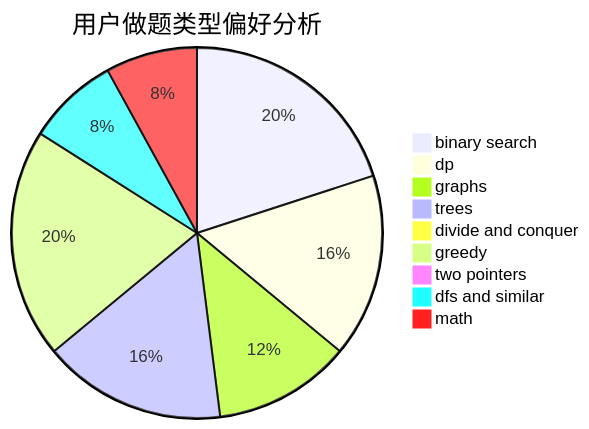
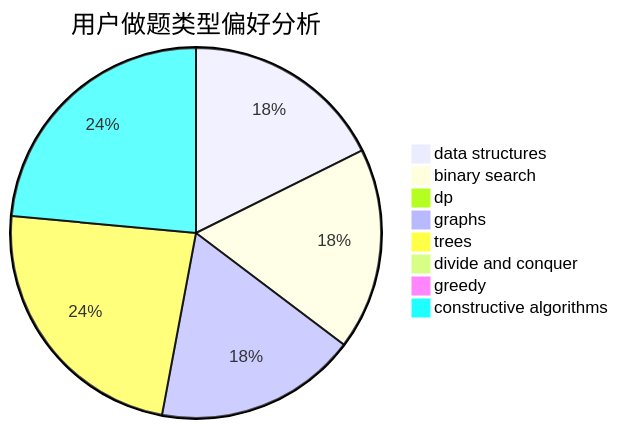
Before and after one commit to sherpahu/cfrs.github.io: the second of 3 diagrams in docs/user/u307.md, drawn with Mermaid. The commit also changed other lines of this file and 2775 other files, not shown here.

````diff
--- a/docs/user/u307.md
+++ b/docs/user/u307.md
@@ -23,12 +23,11 @@
 ```mermaid
 pie title 用户做题类型偏好分析
-    "binary search" :  5
-    "dp" :  4
+    "data structures" :  3
+    "binary search" :  3
+    "dp" :  0
     "graphs" :  3
     "trees" :  4
     "divide and conquer" :  0
-    "greedy" :  5
-    "two pointers" :  0
-    "dfs and similar" :  2
-    "math" :  2
+    "greedy" :  0
+    "constructive algorithms" :  4
 ```
````
